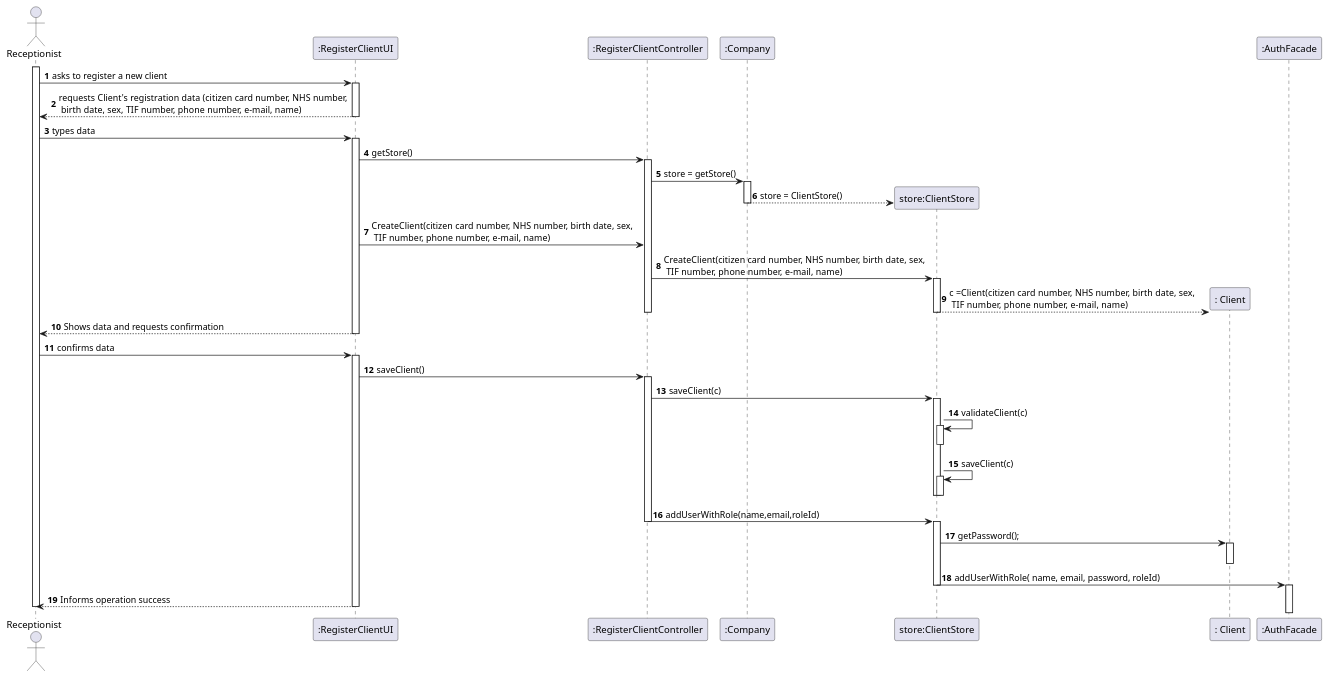
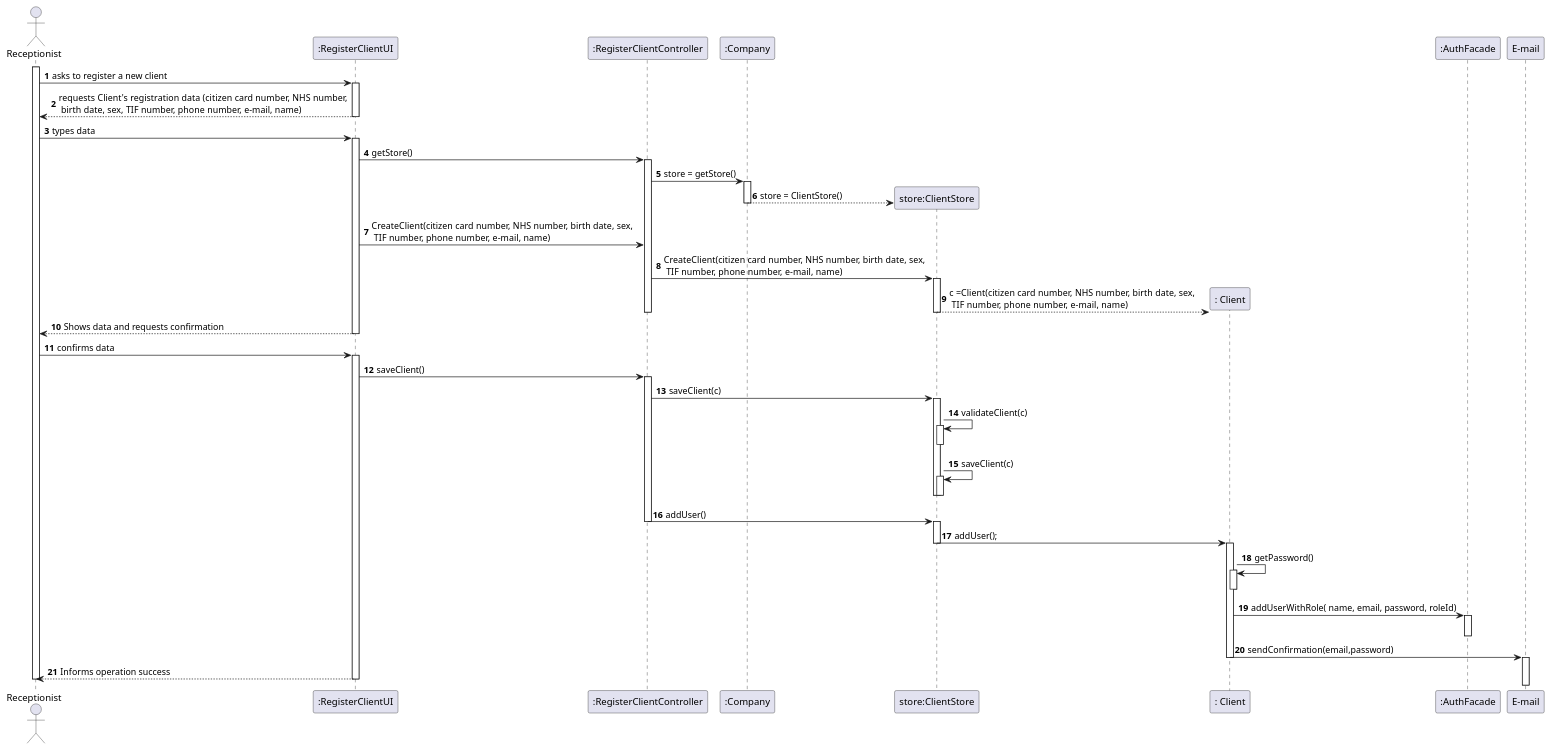
One commit to MarianaCLages/LAPR2 changed the diagram in docs/SprintB/US03/US3_SD.puml. Above: the diagram before and after it, drawn with PlantUML. The commit also changed 10 other files, not shown here.

```diff
--- a/docs/SprintB/US03/US3_SD.puml
+++ b/docs/SprintB/US03/US3_SD.puml
@@ -1,73 +1,80 @@
 @startuml
 autonumber
 
 actor Receptionist as R
 participant ":RegisterClientUI" as UI
 participant ":RegisterClientController" as CTRL
 participant ":Company" as COMPANY
 participant "store:ClientStore" as S
 participant ": Client" as C
 participant ":AuthFacade" as AUTH
+participant "E-mail" as mail
 
 activate R
 R -> UI: asks to register a new client
 activate UI
 
 
 UI --> R: requests Client's registration data (citizen card number, NHS number,\n birth date, sex, TIF number, phone number, e-mail, name)
 
 deactivate UI
 R -> UI: types data
 activate UI
 UI -> CTRL : getStore()
 activate CTRL
 CTRL -> COMPANY: store = getStore()
 activate COMPANY
 COMPANY --> S**: store = ClientStore()
 deactivate COMPANY
 CTRL <- UI: CreateClient(citizen card number, NHS number, birth date, sex,\n TIF number, phone number, e-mail, name)
 CTRL -> S:CreateClient(citizen card number, NHS number, birth date, sex,\n TIF number, phone number, e-mail, name)
 activate S
 S --> C**: c =Client(citizen card number, NHS number, birth date, sex,\n TIF number, phone number, e-mail, name)
 
 deactivate S
 
 
 deactivate CTRL
 
 R <-- UI: Shows data and requests confirmation
 deactivate UI
 R -> UI: confirms data
 activate UI
 UI-> CTRL : saveClient()
 activate CTRL
 CTRL -> S: saveClient(c)
 activate S
 S -> S : validateClient(c)
 activate S
 deactivate S
 S -> S : saveClient(c)
 activate S
 deactivate S
 deactivate S
 
-CTRL -> S : addUserWithRole(name,email,roleId)
+CTRL -> S : addUser()
 deactivate CTRL
 
 activate S
-S -> C : getPassword();
+S -> C : addUser();
+deactivate S
+activate C
+C -> C : getPassword()
 activate C
 deactivate C
 
-S -> AUTH :addUserWithRole( name, email, password, roleId)
-deactivate S
-
+C -> AUTH :addUserWithRole( name, email, password, roleId)
 activate AUTH
 deactivate AUTH
+C -> mail : sendConfirmation(email,password)
+deactivate C
+activate mail
+deactivate mail
+
 
 
 UI --> R : Informs operation success
 deactivate UI
 deactivate R
 
 @enduml
```
